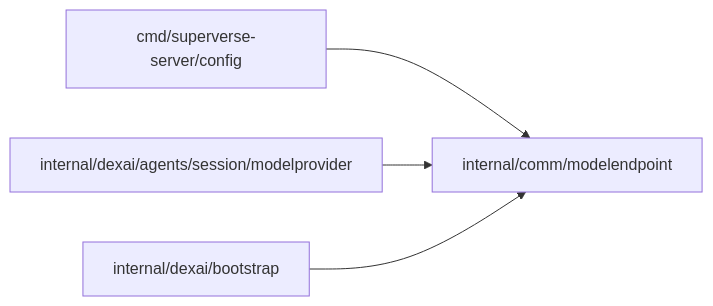
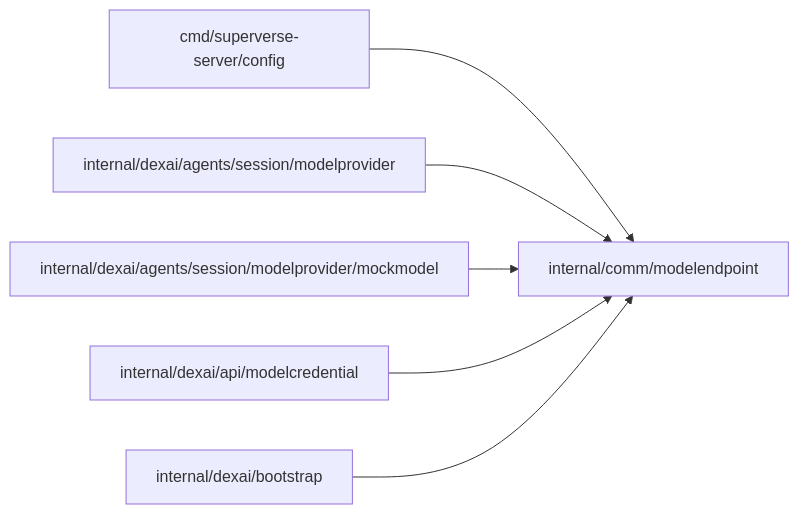
Before and after one commit to superdurable/superverse: the diagram in internal/comm/modelendpoint/README.md, drawn with Mermaid. The commit also changed other lines of this file and 97 other files, not shown here.

````diff
--- a/internal/comm/modelendpoint/README.md
+++ b/internal/comm/modelendpoint/README.md
@@ -10,7 +10,9 @@
 ```mermaid
 flowchart LR
   self["internal/comm/modelendpoint"]
   c0["cmd/superverse-server/config"] --> self
   c1["internal/dexai/agents/session/modelprovider"] --> self
-  c2["internal/dexai/bootstrap"] --> self
+  c2["internal/dexai/agents/session/modelprovider/mockmodel"] --> self
+  c3["internal/dexai/api/modelcredential"] --> self
+  c4["internal/dexai/bootstrap"] --> self
 ```
````
